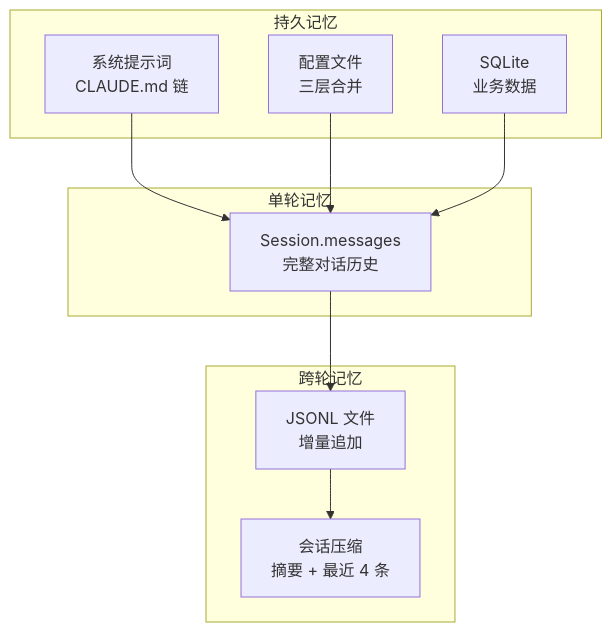
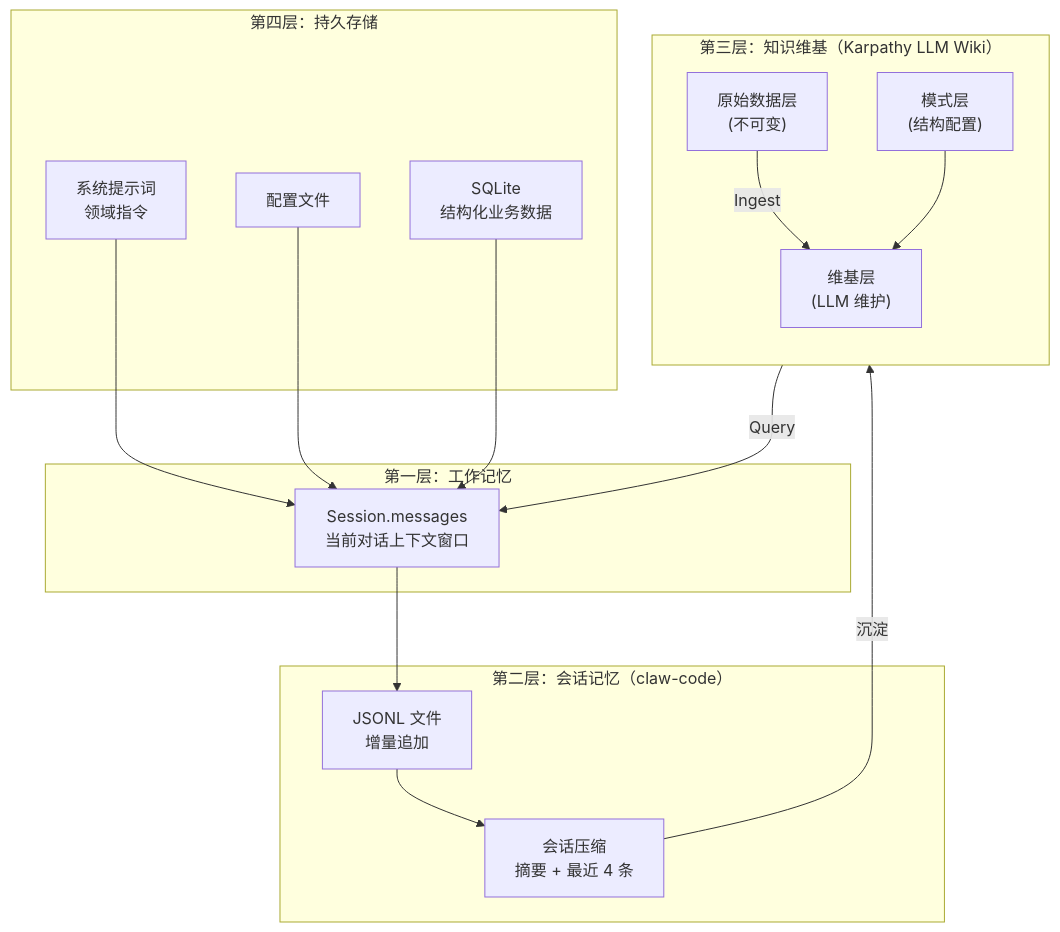
One commit to colna/CCTraveler changed the seventh of 13 diagrams in docs/architecture-zh.md. Above: the diagram before and after it, drawn with Mermaid. The commit also changed other lines of this file, not shown here.

First line of the commit message:
docs: 融合 Karpathy LLM Wiki 方法论到上下文记忆系统设计

````diff
--- a/docs/architecture-zh.md
+++ b/docs/architecture-zh.md
@@ -486,23 +498,34 @@
 ```mermaid
 graph TB
-    subgraph Turn["单轮记忆"]
-        M["Session.messages\n完整对话历史"]
+    subgraph L1["第一层：工作记忆"]
+        M["Session.messages\n当前对话上下文窗口"]
     end
 
-    subgraph Session["跨轮记忆"]
+    subgraph L2["第二层：会话记忆（claw-code）"]
         JSONL["JSONL 文件\n增量追加"]
         Compact["会话压缩\n摘要 + 最近 4 条"]
     end
 
-    subgraph Persistent["持久记忆"]
-        SP["系统提示词\nCLAUDE.md 链"]
-        Config["配置文件\n三层合并"]
-        DB["SQLite\n业务数据"]
+    subgraph L3["第三层：知识维基（Karpathy LLM Wiki）"]
+        direction TB
+        Raw["原始数据层\n(不可变)"]
+        Wiki["维基层\n(LLM 维护)"]
+        Schema["模式层\n(结构配置)"]
+    end
+
+    subgraph L4["第四层：持久存储"]
+        SP["系统提示词\n领域指令"]
+        Config["配置文件"]
+        DB["SQLite\n结构化业务数据"]
     end
 
     M --> JSONL
     JSONL --> Compact
+    Compact -->|"沉淀"| Wiki
+    Raw -->|"Ingest"| Wiki
+    Wiki -->|"Query"| M
     SP --> M
     Config --> M
     DB --> M
+    Schema --> Wiki
 ```
````
